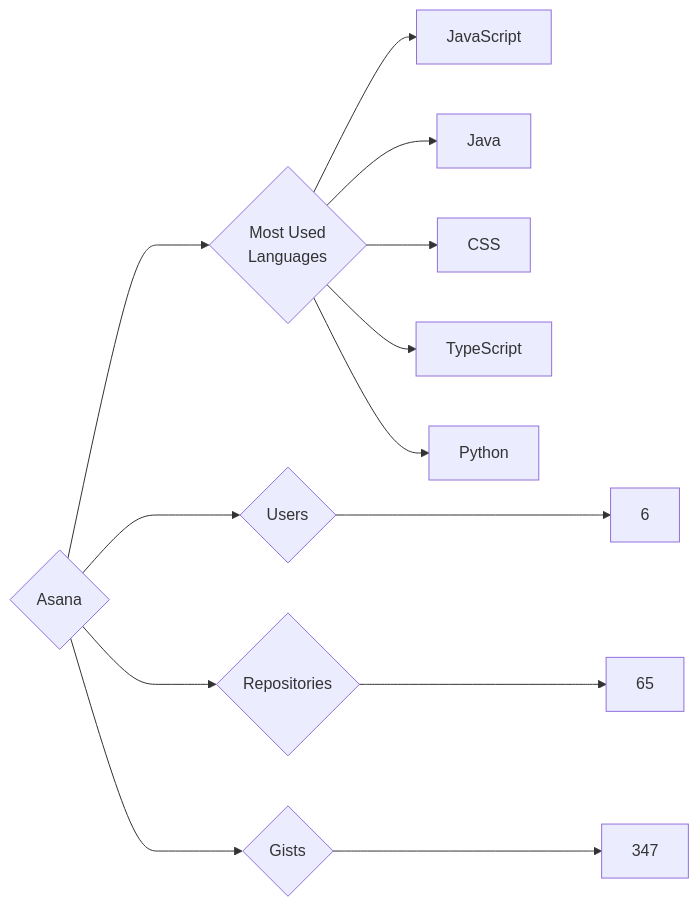
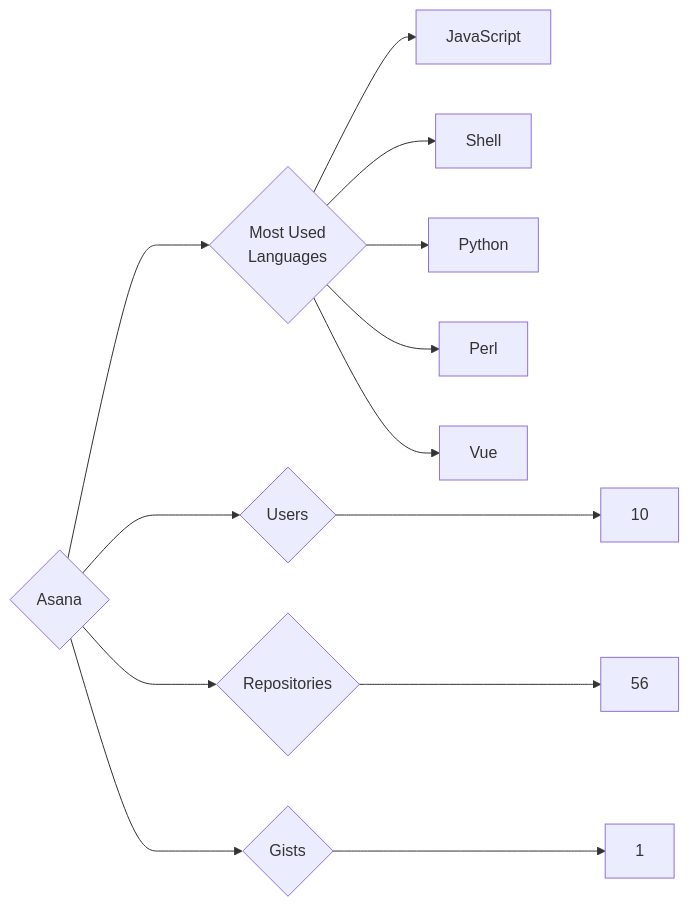
Before and after one commit to trickest/insiders: the diagram in targets/Asana/README.md, drawn with Mermaid. The commit also changed 1175 other files, not shown here.

````diff
--- a/targets/Asana/README.md
+++ b/targets/Asana/README.md
@@ -3,13 +3,13 @@
 ```mermaid
 graph LR
 COMPANY_NAME{Asana}
-COMPANY_NAME ---> U{Users} ---> UN[6]
-COMPANY_NAME ---> R{Repositories} ---> RN[65]
-COMPANY_NAME ---> G{Gists} ---> GN[347]
+COMPANY_NAME ---> U{Users} ---> UN[10]
+COMPANY_NAME ---> R{Repositories} ---> RN[56]
+COMPANY_NAME ---> G{Gists} ---> GN[1]
 COMPANY_NAME ---> ML{Most Used<br>Languages}
 ML --> JavaScript[JavaScript]
-ML --> Java[Java]
-ML --> CSS[CSS]
-ML --> TypeScript[TypeScript]
+ML --> Shell[Shell]
 ML --> Python[Python]
+ML --> Perl[Perl]
+ML --> Vue[Vue]
 ```
````
